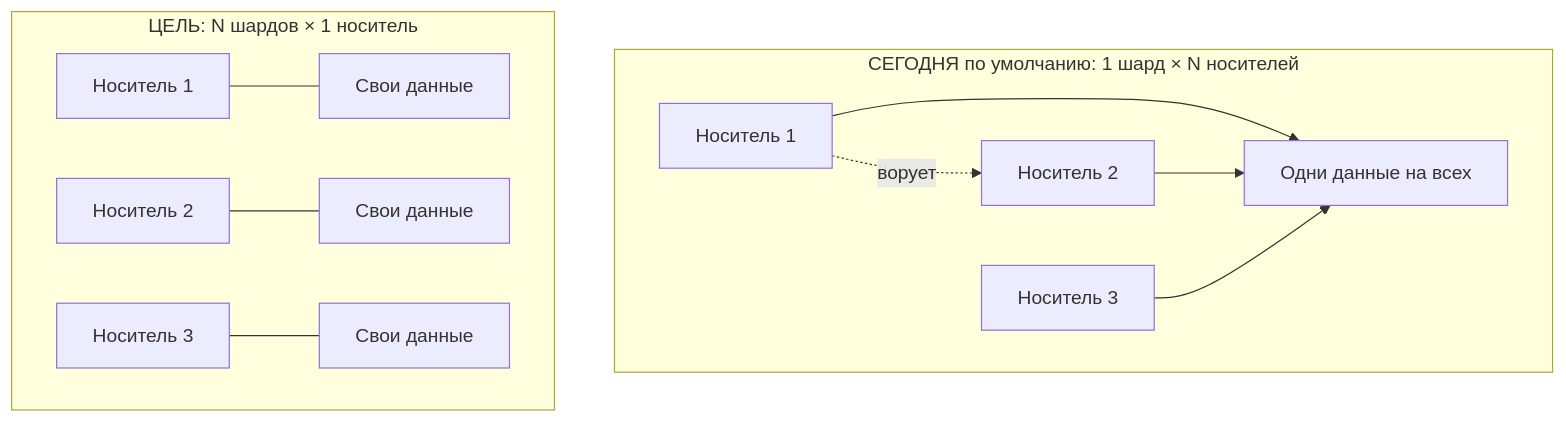
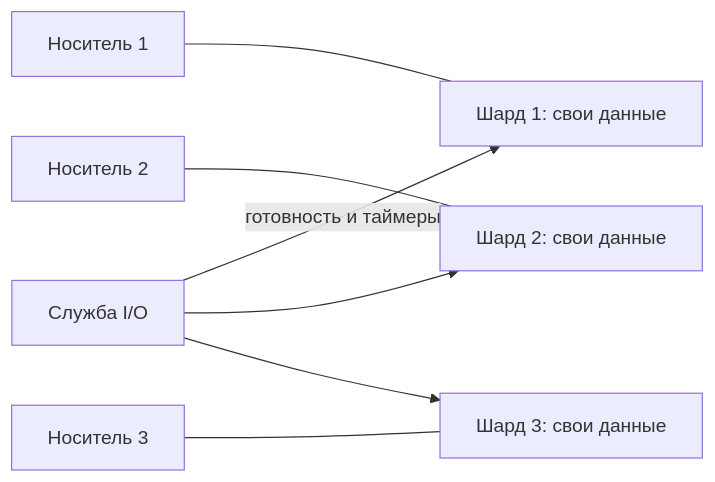
One commit to vovakirdan/surge changed the fifth of 7 diagrams in docs/RUNTIME_MODEL_EXPLAINED.ru.md. Above: the diagram before and after it, drawn with Mermaid. The commit also changed other lines of this file and 633 other files, not shown here.

````diff
--- a/docs/RUNTIME_MODEL_EXPLAINED.ru.md
+++ b/docs/RUNTIME_MODEL_EXPLAINED.ru.md
@@ -353,15 +368,9 @@
 ```mermaid
-flowchart TD
-    subgraph Now["СЕГОДНЯ по умолчанию: 1 шард × N носителей"]
-        D[Одни данные на всех]
-        N1[Носитель 1] --> D
-        N2[Носитель 2] --> D
-        N3[Носитель 3] --> D
-        N1 -.ворует.-> N2
-    end
-    subgraph Goal["ЦЕЛЬ: N шардов × 1 носитель"]
-        A1[Носитель 1] --- B1[Свои данные]
-        A2[Носитель 2] --- B2[Свои данные]
-        A3[Носитель 3] --- B3[Свои данные]
-    end
+flowchart LR
+    A1[Носитель 1] --- B1[Шард 1: свои данные]
+    A2[Носитель 2] --- B2[Шард 2: свои данные]
+    A3[Носитель 3] --- B3[Шард 3: свои данные]
+    S[Служба I/O] -->|готовность и таймеры| B1
+    S --> B2
+    S --> B3
 ```
````
